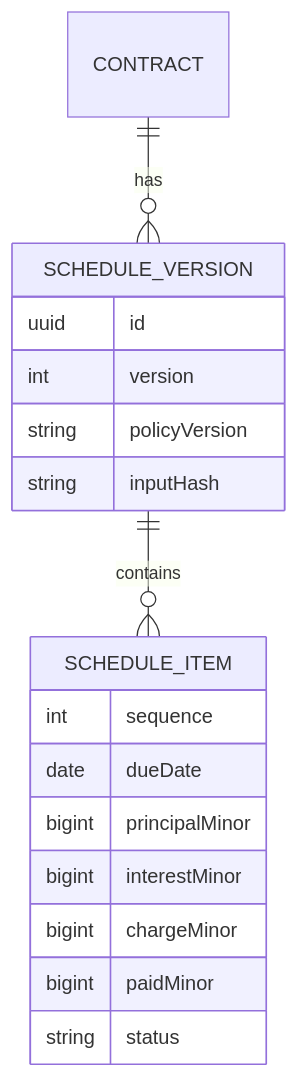
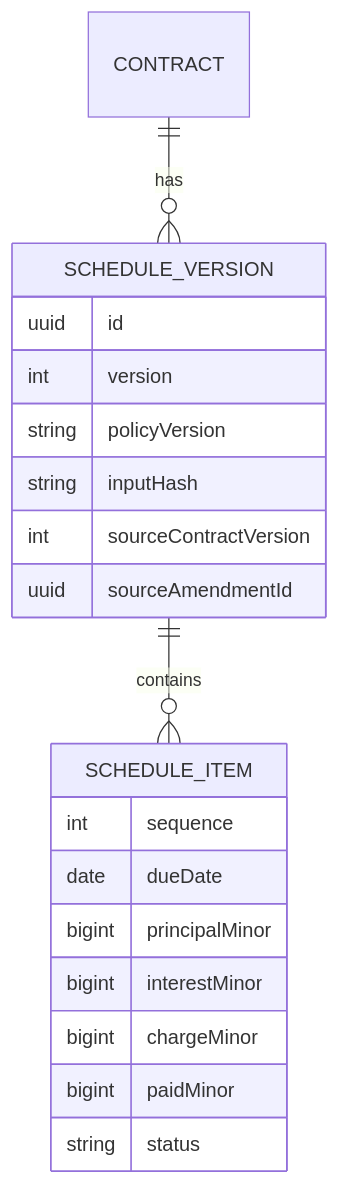
One commit to nurgeldiserikbay/QaryzLinkDocs changed the second of 2 diagrams in docs/01-business/REPAYMENT_SCHEDULE.md. Above: the diagram before and after it, drawn with Mermaid. The commit also changed other lines of this file, not shown here.

Commit message:
docs: align schedule source with signed current contract version

```diff
--- a/docs/01-business/REPAYMENT_SCHEDULE.md
+++ b/docs/01-business/REPAYMENT_SCHEDULE.md
@@ -52,20 +52,22 @@
 ~~~mermaid
 erDiagram
     CONTRACT ||--o{ SCHEDULE_VERSION : has
     SCHEDULE_VERSION ||--o{ SCHEDULE_ITEM : contains
     SCHEDULE_VERSION {
         uuid id
         int version
         string policyVersion
         string inputHash
+        int sourceContractVersion
+        uuid sourceAmendmentId
     }
     SCHEDULE_ITEM {
         int sequence
         date dueDate
         bigint principalMinor
         bigint interestMinor
         bigint chargeMinor
         bigint paidMinor
         string status
     }
 ~~~
```
